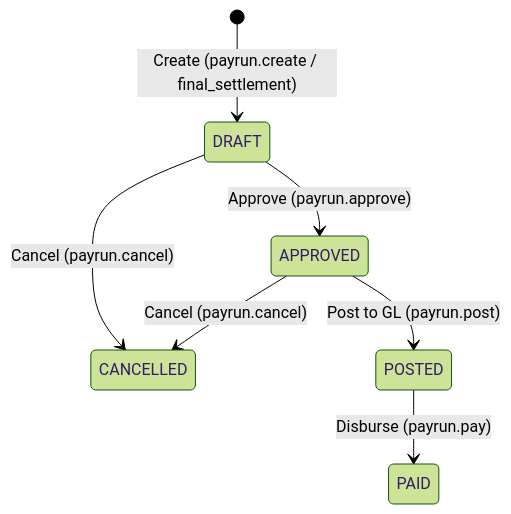
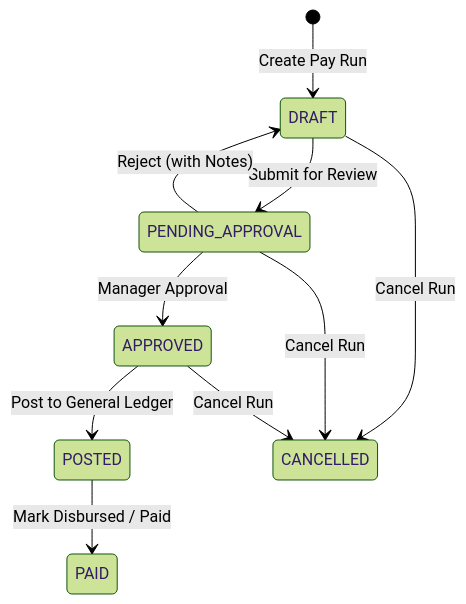
Before and after one commit to tenarm/docs: the first of 2 diagrams in user-guides/modules/payroll.md, drawn with Mermaid (forest theme). The commit also changed other lines of this file and 42 other files, not shown here.

````diff
--- a/user-guides/modules/payroll.md
+++ b/user-guides/modules/payroll.md
@@ -40,9 +32,13 @@
 ```mermaid
 stateDiagram-v2
-    [*] --> DRAFT : Create (payrun.create / final_settlement)
-    DRAFT --> APPROVED : Approve (payrun.approve)
-    DRAFT --> CANCELLED : Cancel (payrun.cancel)
-    APPROVED --> POSTED : Post to GL (payrun.post)
-    APPROVED --> CANCELLED : Cancel (payrun.cancel)
-    POSTED --> PAID : Disburse (payrun.pay)
+    [*] --> DRAFT : Create Pay Run
+    DRAFT --> PENDING_APPROVAL : Submit for Review
+    PENDING_APPROVAL --> APPROVED : Manager Approval
+    PENDING_APPROVAL --> DRAFT : Reject (with Notes)
+    APPROVED --> POSTED : Post to General Ledger
+    POSTED --> PAID : Mark Disbursed / Paid
+    
+    DRAFT --> CANCELLED : Cancel Run
+    PENDING_APPROVAL --> CANCELLED : Cancel Run
+    APPROVED --> CANCELLED : Cancel Run
 ```
````
